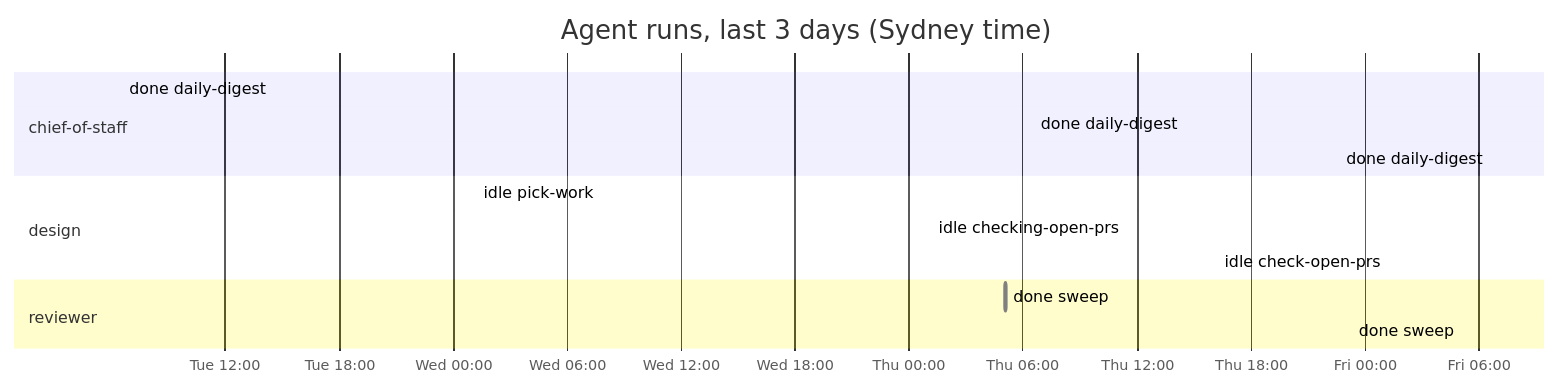
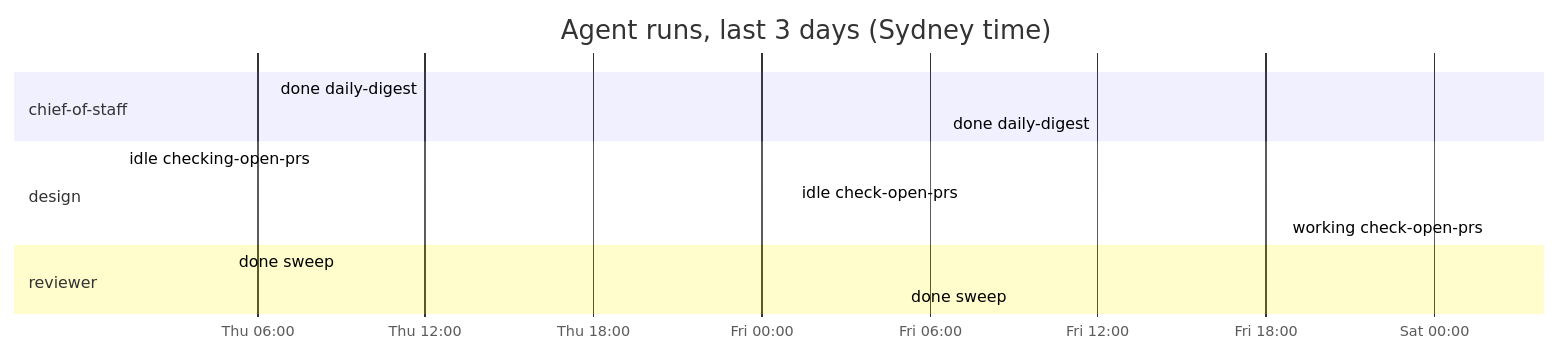
Before and after one commit to roulmediateam-byte/fifteen-expert-hq: the diagram in dashboard.md, drawn with Mermaid. The commit also changed other lines of this file and 1 other file, not shown here.

````diff
--- a/dashboard.md
+++ b/dashboard.md
@@ -39,17 +39,16 @@
 ```mermaid
 gantt
     title Agent runs, last 3 days (Sydney time)
     dateFormat YYYY-MM-DD HH:mm
     axisFormat %a %H:%M
     section chief-of-staff
-    done daily-digest :done, 2026-11-10 06:35, 2026-11-10 06:37
     done daily-digest :done, 2026-11-12 06:35, 2026-11-12 06:36
     done daily-digest :done, 2026-11-13 06:34, 2026-11-13 06:36
     section design
-    idle pick-work :done, 2026-11-11 01:12, 2026-11-11 01:12
     idle checking-open-prs :done, 2026-11-12 01:11, 2026-11-12 01:12
     idle check-open-prs :done, 2026-11-13 01:11, 2026-11-13 01:11
+    working check-open-prs :active, 2026-11-14 02:01, 2026-11-14 02:01
     section reviewer
     done sweep :done, 2026-11-12 05:05, 2026-11-12 05:06
     done sweep :done, 2026-11-13 05:05, 2026-11-13 05:05
 ```
````
